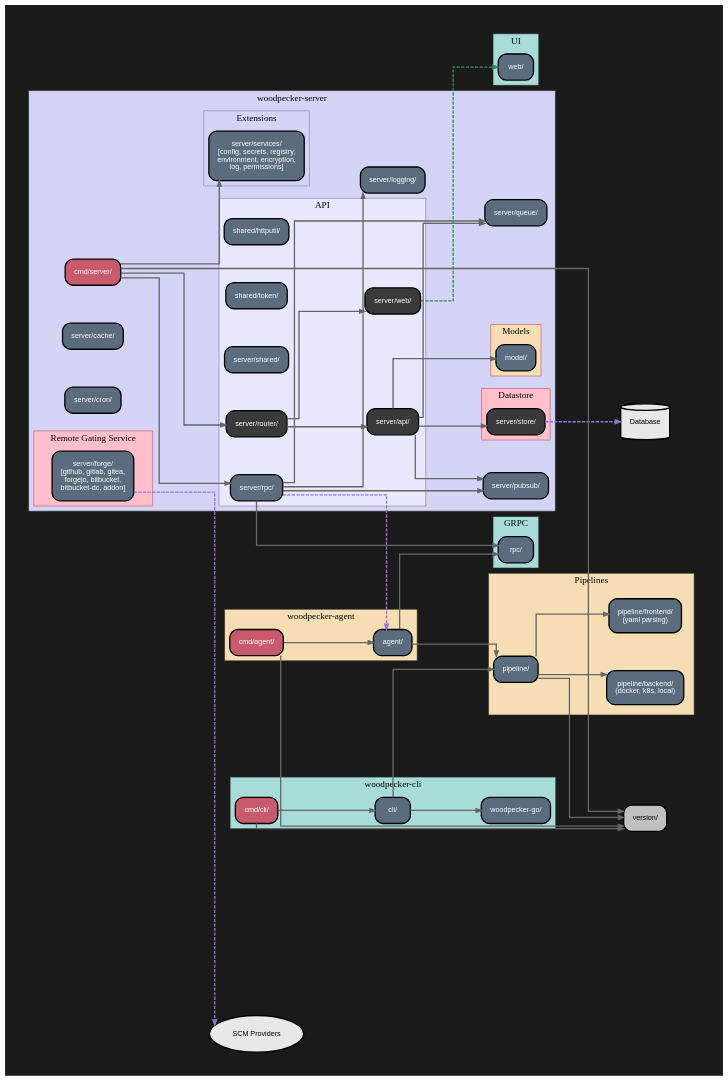
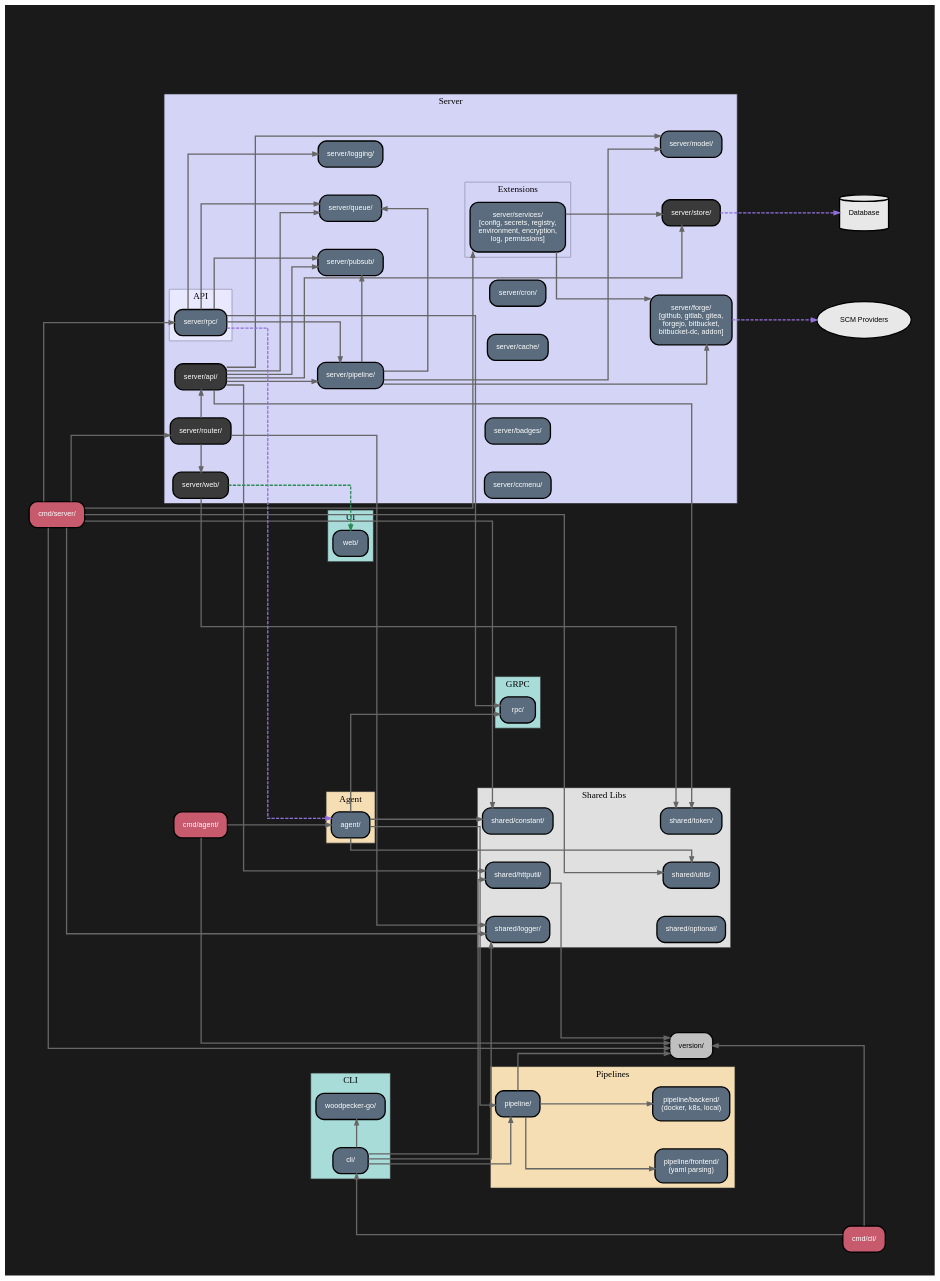
Before and after one commit to woodpecker-ci/woodpecker: the diagram in docs/docs/92-development/woodpecker-architecture.dot, drawn with Graphviz. The commit also changed 1 other file, not shown here.

```diff
--- a/docs/docs/92-development/woodpecker-architecture.dot
+++ b/docs/docs/92-development/woodpecker-architecture.dot
@@ -3,8 +3,8 @@
     rankdir=LR;
     bgcolor="#1a1a1a";
     pad=0.5;
-    nodesep=0.8;
-    ranksep=1.2;
+    nodesep=0.6;
+    ranksep=1.8;
     splines=ortho;
 
     // Default node style
@@ -26,89 +26,19 @@
 
     // ========== SUBGRAPHS ==========
 
-    // Pipelines (left side, beige box)
-    subgraph cluster_pipelines {
-        label="Pipelines";
-        style=filled;
-        color="#2a2a2a";
-        fillcolor="#f5deb3";
-        fontsize=14;
-        fontcolor="#000000";
-
-        pipeline [label="pipeline/", fillcolor="#5a6c7d", fontcolor="#ffffff"];
-
-        subgraph cluster_pipeline_backend {
-            label="";
-            style=invis;
-            pipeline_backend [label="pipeline/backend/\n(docker, k8s, local)", fillcolor="#5a6c7d", fontcolor="#ffffff"];
-        }
-
-        subgraph cluster_pipeline_frontend {
-            label="";
-            style=invis;
-            pipeline_frontend [label="pipeline/frontend/\n(yaml parsing)", fillcolor="#5a6c7d", fontcolor="#ffffff"];
-        }
-    }
-
-    // Agent (left side, beige box)
-    subgraph cluster_agent {
-        label="woodpecker-agent";
-        style=filled;
-        color="#2a2a2a";
-        fillcolor="#f5deb3";
-        fontsize=14;
-        fontcolor="#000000";
-
-        cmd_agent [label="cmd/agent/", fillcolor="#c85a6e", fontcolor="#ffffff"];
-        agent [label="agent/", fillcolor="#5a6c7d", fontcolor="#ffffff"];
-    }
-
-    // CLI (top, cyan box)
-    subgraph cluster_cli {
-        label="woodpecker-cli";
-        style=filled;
-        color="#2a2a2a";
-        fillcolor="#a8dcd9";
-        fontsize=14;
-        fontcolor="#000000";
-
-        cmd_cli [label="cmd/cli/", fillcolor="#c85a6e", fontcolor="#ffffff"];
-        cli [label="cli/", fillcolor="#5a6c7d", fontcolor="#ffffff"];
-        woodpecker_go [label="woodpecker-go/", fillcolor="#5a6c7d", fontcolor="#ffffff"];
-    }
-
-    // UI (top right, cyan box)
-    subgraph cluster_ui {
-        label="UI";
-        style=filled;
-        color="#2a2a2a";
-        fillcolor="#a8dcd9";
-        fontsize=14;
-        fontcolor="#000000";
-
-        web [label="web/", fillcolor="#5a6c7d", fontcolor="#ffffff"];
-    }
-
-    // GRPC (shared RPC module)
-    subgraph cluster_grpc {
-        label="GRPC";
-        style=filled;
-        color="#2a2a2a";
-        fillcolor="#a8dcd9";
-        fontsize=14;
-        fontcolor="#000000";
-
-        rpc [label="rpc/", fillcolor="#5a6c7d", fontcolor="#ffffff"];
-    }
-
-    // Server (main large box)
+    // Server (top left, organized in rows)
     subgraph cluster_server {
-        label="woodpecker-server";
+        label="Server";
         style=filled;
         color="#2a2a2a";
         fillcolor="#d4d4f7";
         fontsize=14;
         fontcolor="#000000";
+
+        // Top row: Entry point and API
+        {rank=same; cmd_server; server_router; server_api; server_web;}
+
+        cmd_server [label="cmd/server/", fillcolor="#c85a6e", fontcolor="#ffffff"];
 
         // API section
         subgraph cluster_api {
@@ -117,14 +47,30 @@
             color="#8a8aaa";
             fillcolor="#e8e8ff";
 
-            shared_httputil [label="shared/httputil/", fillcolor="#5a6c7d", fontcolor="#ffffff"];
-            shared_token [label="shared/token/", fillcolor="#5a6c7d", fontcolor="#ffffff"];
-            server_shared [label="server/shared/", fillcolor="#5a6c7d", fontcolor="#ffffff"];
+            server_router [label="server/router/", fillcolor="#3a3a3a", fontcolor="#ffffff"];
+            server_api [label="server/api/", fillcolor="#3a3a3a", fontcolor="#ffffff"];
+            server_web [label="server/web/", fillcolor="#3a3a3a", fontcolor="#ffffff"];
             server_rpc [label="server/rpc/", fillcolor="#5a6c7d", fontcolor="#ffffff"];
-            server_router [label="server/router/", fillcolor="#3a3a3a", fontcolor="#ffffff"];
-            server_web [label="server/web/", fillcolor="#3a3a3a", fontcolor="#ffffff"];
-            server_api [label="server/api/", fillcolor="#3a3a3a", fontcolor="#ffffff"];
         }
+
+        // Second row: Core services
+        {rank=same; server_pipeline; server_queue; server_pubsub; server_logging;}
+
+        server_pipeline [label="server/pipeline/", fillcolor="#5a6c7d", fontcolor="#ffffff"];
+        server_queue [label="server/queue/", fillcolor="#5a6c7d", fontcolor="#ffffff"];
+        server_pubsub [label="server/pubsub/", fillcolor="#5a6c7d", fontcolor="#ffffff"];
+        server_logging [label="server/logging/", fillcolor="#5a6c7d", fontcolor="#ffffff"];
+
+        // Third row: Supporting services
+        {rank=same; server_cache; server_cron; server_badges; server_ccmenu;}
+
+        server_cache [label="server/cache/", fillcolor="#5a6c7d", fontcolor="#ffffff"];
+        server_cron [label="server/cron/", fillcolor="#5a6c7d", fontcolor="#ffffff"];
+        server_badges [label="server/badges/", fillcolor="#5a6c7d", fontcolor="#ffffff"];
+        server_ccmenu [label="server/ccmenu/", fillcolor="#5a6c7d", fontcolor="#ffffff"];
+
+        // Fourth row: Data layer boxes
+        {rank=same; server_forge; server_store; server_model;}
 
         // Remote Gating Service (pink box)
         subgraph cluster_remote {
@@ -153,19 +99,10 @@
             color="#c85a6e";
             fillcolor="#f5deb3";
 
-            model [label="model/", fillcolor="#5a6c7d", fontcolor="#ffffff"];
+            server_model [label="server/model/", fillcolor="#5a6c7d", fontcolor="#ffffff"];
         }
 
-        // Other server components
-        server_pubsub [label="server/pubsub/", fillcolor="#5a6c7d", fontcolor="#ffffff"];
-        server_logging [label="server/logging/", fillcolor="#5a6c7d", fontcolor="#ffffff"];
-        server_queue [label="server/queue/", fillcolor="#5a6c7d", fontcolor="#ffffff"];
-        server_cache [label="server/cache/", fillcolor="#5a6c7d", fontcolor="#ffffff"];
-        server_cron [label="server/cron/", fillcolor="#5a6c7d", fontcolor="#ffffff"];
-
-        cmd_server [label="cmd/server/", fillcolor="#c85a6e", fontcolor="#ffffff"];
-
-        // Extensions (bottom)
+        // Bottom: Extensions
         subgraph cluster_extensions {
             label="Extensions";
             style=filled;
@@ -174,14 +111,149 @@
 
             server_services [label="server/services/\n[config, secrets, registry,\nenvironment, encryption,\nlog, permissions]", fillcolor="#5a6c7d", fontcolor="#ffffff"];
         }
+
+        // Invisible edges for layout within server
+        cmd_server -> server_router [style=invis];
+        server_router -> server_api [style=invis];
+        server_api -> server_web [style=invis];
+
+        server_router -> server_pipeline [style=invis];
+        server_pipeline -> server_queue [style=invis];
+        server_queue -> server_pubsub [style=invis];
+        server_pubsub -> server_logging [style=invis];
+
+        server_pipeline -> server_cache [style=invis];
+        server_cache -> server_cron [style=invis];
+
+        server_cache -> server_forge [style=invis];
+        server_forge -> server_store [style=invis];
+        server_store -> server_model [style=invis];
+
+        server_forge -> server_services [style=invis];
+    }
+
+    // Agent
+    subgraph cluster_agent {
+        label="Agent";
+        style=filled;
+        color="#2a2a2a";
+        fillcolor="#f5deb3";
+        fontsize=14;
+        fontcolor="#000000";
+
+        {rank=same; cmd_agent; agent;}
+
+        cmd_agent [label="cmd/agent/", fillcolor="#c85a6e", fontcolor="#ffffff"];
+        agent [label="agent/", fillcolor="#5a6c7d", fontcolor="#ffffff"];
+
+        // Layout within agent
+        cmd_agent -> agent [style=invis];
+    }
+
+    // CLI
+    subgraph cluster_cli {
+        label="CLI";
+        style=filled;
+        color="#2a2a2a";
+        fillcolor="#a8dcd9";
+        fontsize=14;
+        fontcolor="#000000";
+
+        {rank=same; cmd_cli; cli; woodpecker_go;}
+
+        cmd_cli [label="cmd/cli/", fillcolor="#c85a6e", fontcolor="#ffffff"];
+        cli [label="cli/", fillcolor="#5a6c7d", fontcolor="#ffffff"];
+        woodpecker_go [label="woodpecker-go/", fillcolor="#5a6c7d", fontcolor="#ffffff"];
+
+        // Layout within CLI
+        cmd_cli -> cli [style=invis];
+        cli -> woodpecker_go [style=invis];
+    }
+
+    // Pipelines (right side, beige box)
+    subgraph cluster_pipelines {
+        label="Pipelines";
+        style=filled;
+        color="#2a2a2a";
+        fillcolor="#f5deb3";
+        fontsize=14;
+        fontcolor="#000000";
+
+        pipeline [label="pipeline/", fillcolor="#5a6c7d", fontcolor="#ffffff"];
+        pipeline_backend [label="pipeline/backend/\n(docker, k8s, local)", fillcolor="#5a6c7d", fontcolor="#ffffff"];
+        pipeline_frontend [label="pipeline/frontend/\n(yaml parsing)", fillcolor="#5a6c7d", fontcolor="#ffffff"];
+    }
+
+    // UI (right side, cyan box)
+    subgraph cluster_ui {
+        label="UI";
+        style=filled;
+        color="#2a2a2a";
+        fillcolor="#a8dcd9";
+        fontsize=14;
+        fontcolor="#000000";
+
+        web [label="web/", fillcolor="#5a6c7d", fontcolor="#ffffff"];
+    }
+
+    // GRPC (right side, cyan box)
+    subgraph cluster_grpc {
+        label="GRPC";
+        style=filled;
+        color="#2a2a2a";
+        fillcolor="#a8dcd9";
+        fontsize=14;
+        fontcolor="#000000";
+
+        rpc [label="rpc/", fillcolor="#5a6c7d", fontcolor="#ffffff"];
+    }
+
+    // Shared Libs (top right, gray box)
+    subgraph cluster_shared {
+        label="Shared Libs";
+        style=filled;
+        color="#2a2a2a";
+        fillcolor="#e0e0e0";
+        fontsize=14;
+        fontcolor="#000000";
+
+        {rank=same; shared_constant; shared_httputil; shared_logger;}
+        {rank=same; shared_optional; shared_token; shared_utils;}
+
+        shared_constant [label="shared/constant/", fillcolor="#5a6c7d", fontcolor="#ffffff"];
+        shared_httputil [label="shared/httputil/", fillcolor="#5a6c7d", fontcolor="#ffffff"];
+        shared_logger [label="shared/logger/", fillcolor="#5a6c7d", fontcolor="#ffffff"];
+        shared_optional [label="shared/optional/", fillcolor="#5a6c7d", fontcolor="#ffffff"];
+        shared_token [label="shared/token/", fillcolor="#5a6c7d", fontcolor="#ffffff"];
+        shared_utils [label="shared/utils/", fillcolor="#5a6c7d", fontcolor="#ffffff"];
+
+        // Layout hints for shared libs
+        shared_constant -> shared_optional [style=invis];
+        shared_httputil -> shared_token [style=invis];
+        shared_logger -> shared_utils [style=invis];
     }
 
     // External components
     scm [label="SCM Providers", shape=ellipse, fillcolor="#e8e8e8", fontcolor="#000000"];
     database [label="Database", shape=cylinder, fillcolor="#e8e8e8", fontcolor="#000000"];
 
-    // Version (bottom left)
+    // Version (bottom right)
     version [label="version/", fillcolor="#c0c0c0", fontcolor="#000000"];
+
+    // ========== RANK CONSTRAINTS ==========
+
+    // Force vertical separation of the three main components on the left
+    // Use invisible nodes to control spacing
+    invisible_top [style=invis, width=0, height=0];
+    invisible_mid [style=invis, width=0, height=0];
+    invisible_bot [style=invis, width=0, height=0];
+
+    {rank=min; invisible_top; cmd_server;}
+    {rank=same; invisible_mid; cmd_agent;}
+    {rank=max; invisible_bot; cmd_cli;}
+
+    // Create invisible chain to force vertical ordering
+    invisible_top -> invisible_mid -> invisible_bot [style=invis];
 
     // ========== CONNECTIONS ==========
 
@@ -189,11 +261,15 @@
     cmd_cli -> cli;
     cli -> woodpecker_go;
     cli -> pipeline;
+    cli -> shared_httputil;
+    cli -> shared_logger;
 
     // Agent connections
     cmd_agent -> agent;
     agent -> pipeline;
     agent -> rpc;
+    agent -> shared_constant;
+    agent -> shared_utils;
 
     // Pipeline internal connections
     pipeline -> pipeline_backend;
@@ -208,26 +284,45 @@
     server_api -> server_store;
     server_api -> server_pubsub;
     server_api -> server_queue;
-    server_api -> model;
+    server_api -> server_model;
+    server_api -> server_pipeline;
+    server_api -> shared_httputil;
+    server_api -> shared_token;
 
     server_rpc -> agent [style=dashed, color="#9370db"];
     server_rpc -> rpc;
     server_rpc -> server_queue;
     server_rpc -> server_logging;
     server_rpc -> server_pubsub;
+    server_rpc -> server_pipeline;
 
     server_web -> web [style=dashed, color="#2e8b57"];
+    server_web -> shared_token;
 
     server_forge -> scm [style=dashed, color="#9370db"];
     server_store -> database [style=dashed, color="#9370db"];
 
+    server_pipeline -> server_forge;
+    server_pipeline -> server_model;
+    server_pipeline -> server_queue;
+    server_pipeline -> server_pubsub;
+
     // Extensions connections
     cmd_server -> server_services;
+    server_services -> server_forge;
+    server_services -> server_store;
+
+    // Shared libs usage
+    server_router -> shared_logger;
+    cmd_server -> shared_logger;
+    cmd_server -> shared_constant;
+    cmd_server -> shared_utils;
 
     // Version connections
     cmd_agent -> version;
     cmd_cli -> version;
     cmd_server -> version;
+    shared_httputil -> version;
 
     // Cross-component connections
     pipeline -> version;
```
